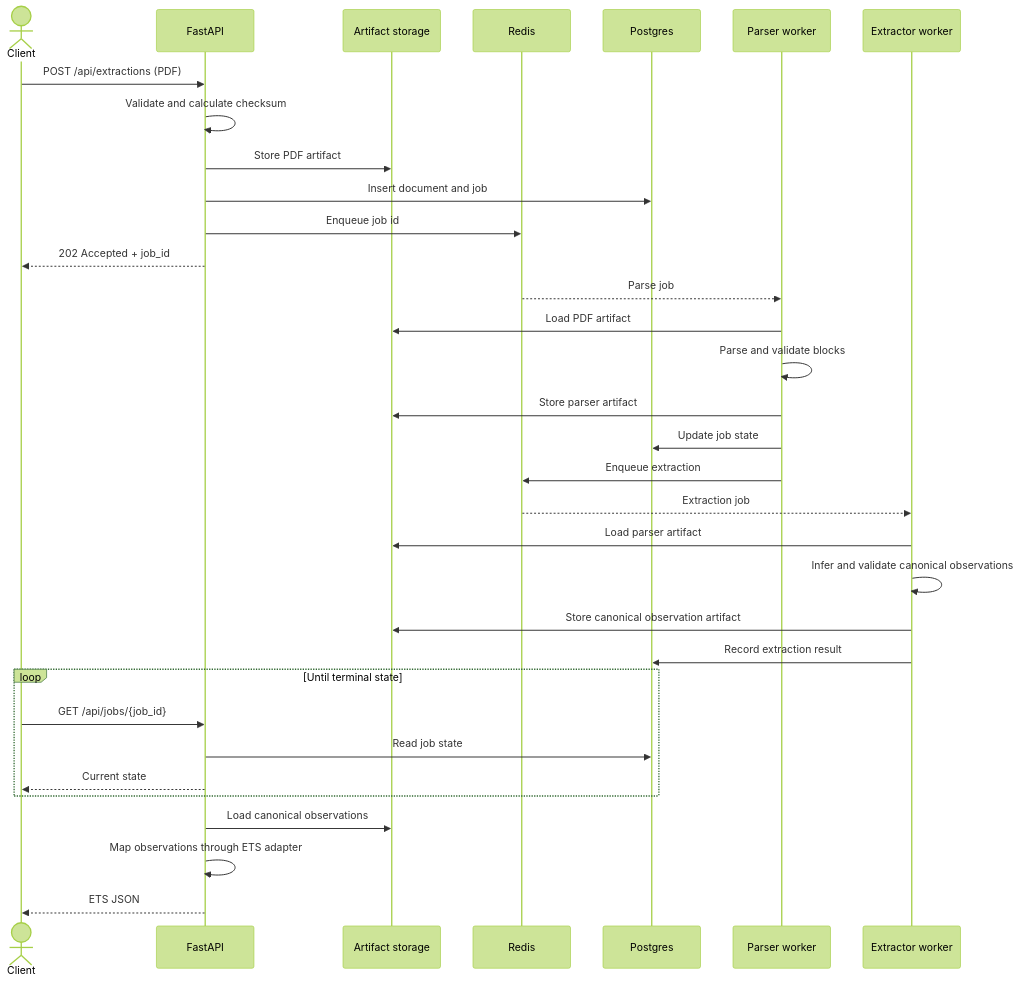
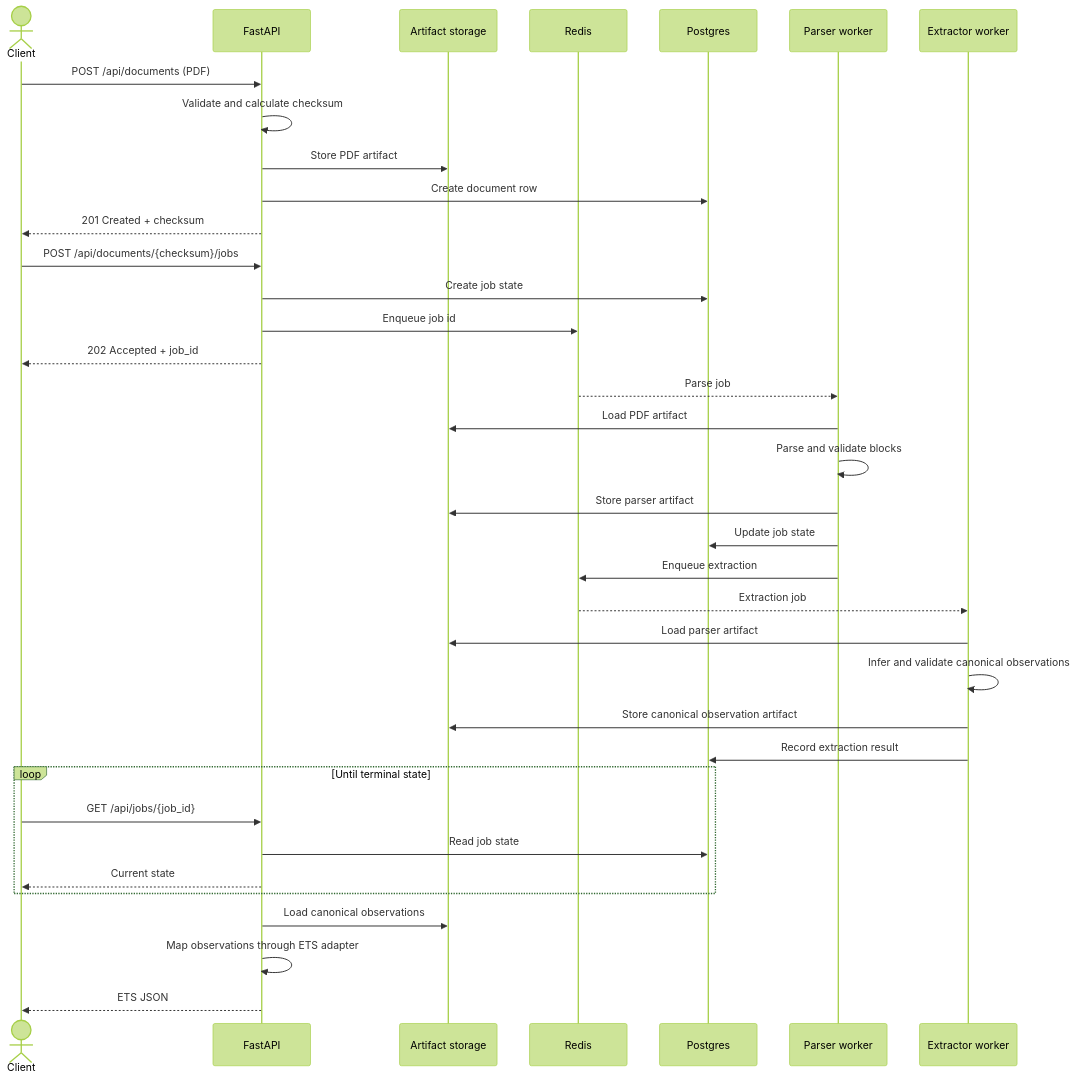
One commit to BioParser/BioParser changed the second of 4 diagrams in docs/architecture.md. Above: the diagram before and after it, drawn with Mermaid (forest theme). The commit also changed other lines of this file and 14 other files, not shown here.

````diff
--- a/docs/architecture.md
+++ b/docs/architecture.md
@@ -129,40 +129,43 @@
 ```mermaid
 sequenceDiagram
     actor Client
     participant API as FastAPI
     participant Store as Artifact storage
     participant Redis
     participant Postgres
     participant Parser as Parser worker
     participant Extractor as Extractor worker
 
-    Client->>API: POST /api/extractions (PDF)
+    Client->>API: POST /api/documents (PDF)
     API->>API: Validate and calculate checksum
     API->>Store: Store PDF artifact
-    API->>Postgres: Insert document and job
+    API->>Postgres: Create document row
+    API-->>Client: 201 Created + checksum
+    Client->>API: POST /api/documents/{checksum}/jobs
+    API->>Postgres: Create job state
     API->>Redis: Enqueue job id
     API-->>Client: 202 Accepted + job_id
 
     Redis-->>Parser: Parse job
     Parser->>Store: Load PDF artifact
     Parser->>Parser: Parse and validate blocks
     Parser->>Store: Store parser artifact
     Parser->>Postgres: Update job state
     Parser->>Redis: Enqueue extraction
 
     Redis-->>Extractor: Extraction job
     Extractor->>Store: Load parser artifact
     Extractor->>Extractor: Infer and validate canonical observations
     Extractor->>Store: Store canonical observation artifact
     Extractor->>Postgres: Record extraction result
 
     loop Until terminal state
         Client->>API: GET /api/jobs/{job_id}
         API->>Postgres: Read job state
         API-->>Client: Current state
     end
 
     API->>Store: Load canonical observations
     API->>API: Map observations through ETS adapter
     API-->>Client: ETS JSON
 ```
````
